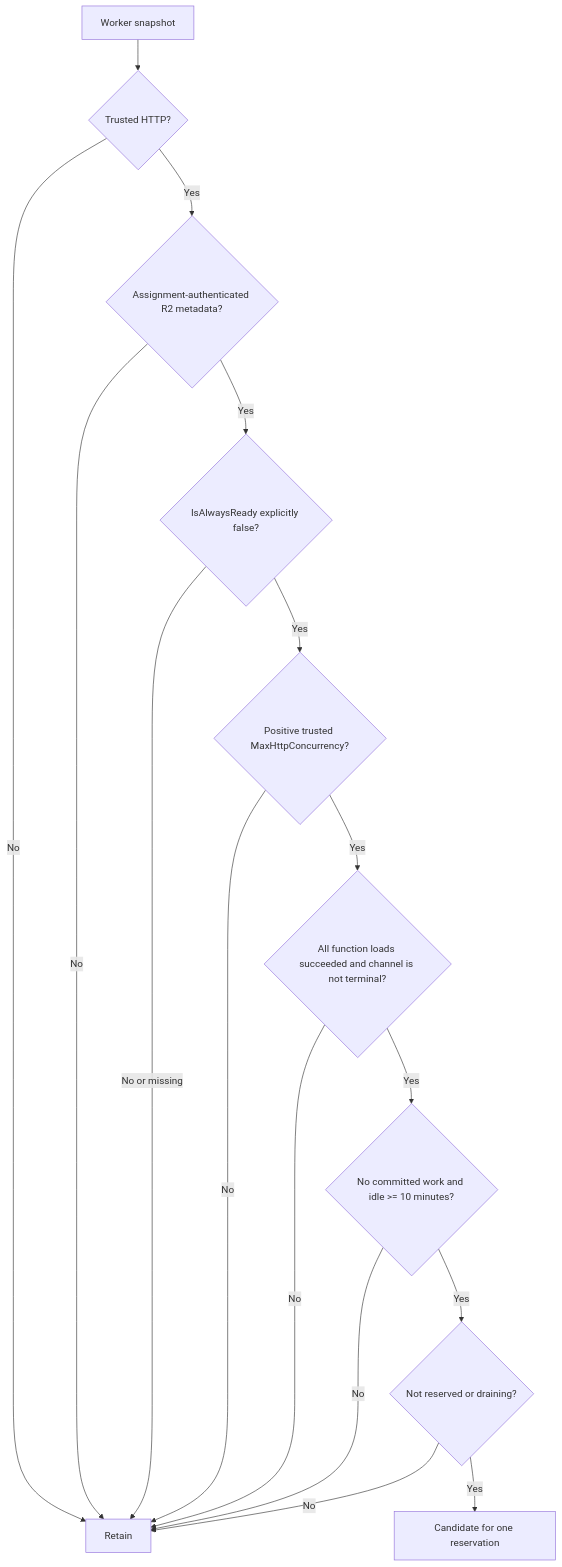
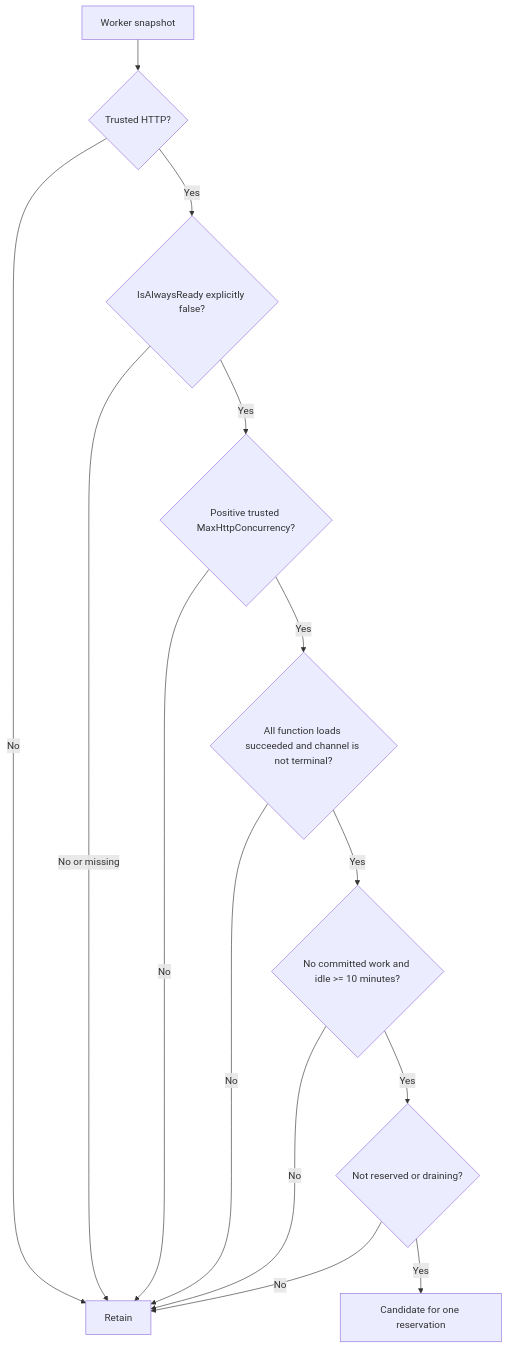
Before and after one commit to Azure/azure-functions-host: the second of 6 diagrams in tools/ComputeSeparation/byoc-http-on-demand-idle-scale-in.md, drawn with Mermaid. The commit also changed other lines of this file and 12 other files, not shown here.

````diff
--- a/tools/ComputeSeparation/byoc-http-on-demand-idle-scale-in.md
+++ b/tools/ComputeSeparation/byoc-http-on-demand-idle-scale-in.md
@@ -98,18 +83,16 @@
 ```mermaid
 flowchart TD
     S[Worker snapshot] --> H{Trusted HTTP?}
     H -->|No| K[Retain]
-    H -->|Yes| T{Assignment-authenticated R2 metadata?}
-    T -->|No| K
-    T -->|Yes| A{IsAlwaysReady explicitly false?}
+    H -->|Yes| A{IsAlwaysReady explicitly false?}
     A -->|No or missing| K
     A -->|Yes| M{Positive trusted MaxHttpConcurrency?}
     M -->|No| K
     M -->|Yes| R{All function loads succeeded and channel is not terminal?}
     R -->|No| K
     R -->|Yes| W{No committed work and idle >= 10 minutes?}
     W -->|No| K
     W -->|Yes| X{Not reserved or draining?}
     X -->|No| K
     X -->|Yes| C[Candidate for one reservation]
 ```
````
